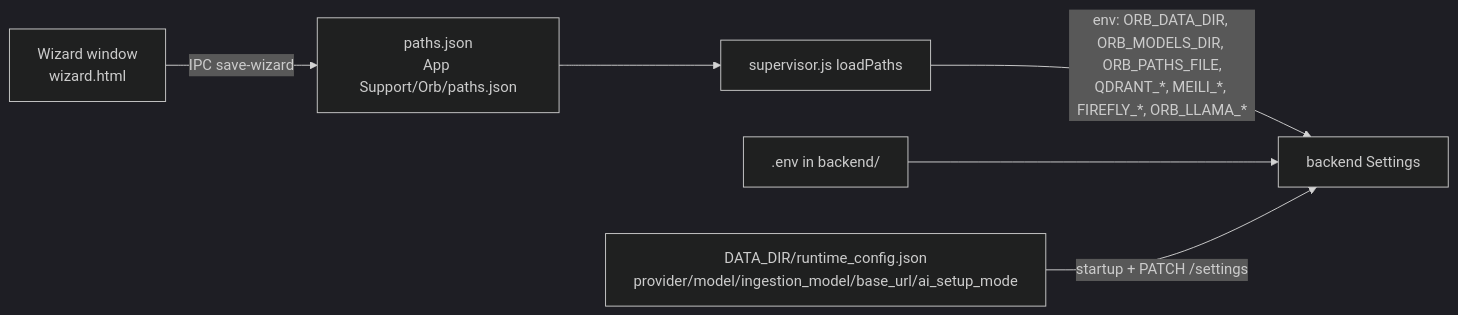
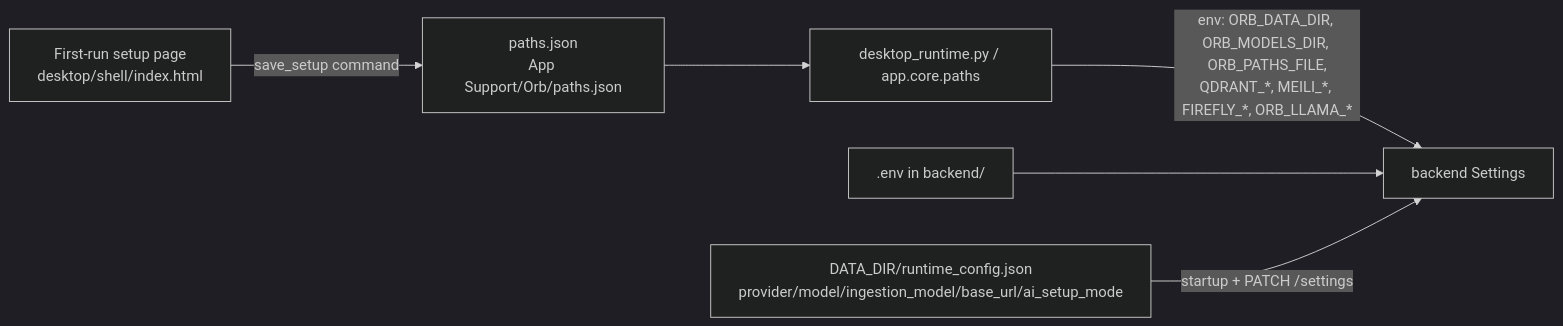
One commit to josetseph/Orb changed the second of 4 diagrams in Docs/02-system-architecture.md. Above: the diagram before and after it, drawn with Mermaid (dark theme). The commit also changed other lines of this file and 205 other files, not shown here.

````diff
--- a/Docs/02-system-architecture.md
+++ b/Docs/02-system-architecture.md
@@ -66,8 +64,8 @@
 ```mermaid
 flowchart LR
-  W[Wizard window<br/>wizard.html] -->|IPC save-wizard| PJ[paths.json<br/>App Support/Orb/paths.json]
-  PJ --> SUP[supervisor.js loadPaths]
+  W[First-run setup page<br/>desktop/shell/index.html] -->|save_setup command| PJ[paths.json<br/>App Support/Orb/paths.json]
+  PJ --> SUP[desktop_runtime.py / app.core.paths]
   SUP -->|env: ORB_DATA_DIR, ORB_MODELS_DIR, ORB_PATHS_FILE,<br/>QDRANT_*, MEILI_*, FIREFLY_*, ORB_LLAMA_*| API[backend Settings]
   ENV[.env in backend/] --> API
   RC[DATA_DIR/runtime_config.json<br/>provider/model/ingestion_model/base_url/ai_setup_mode] -->|startup + PATCH /settings| API
 ```
````
